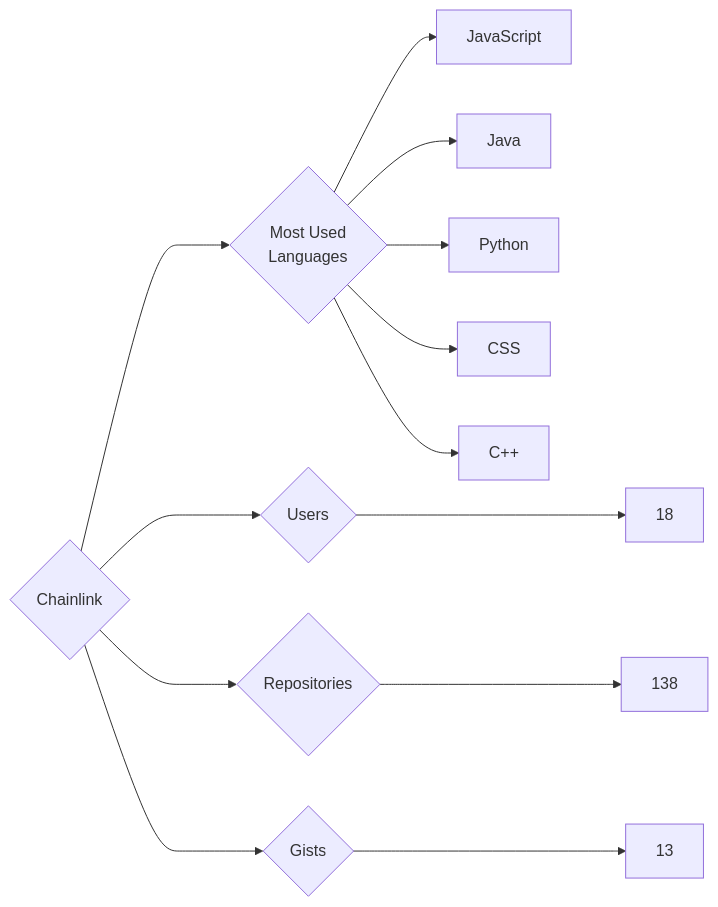
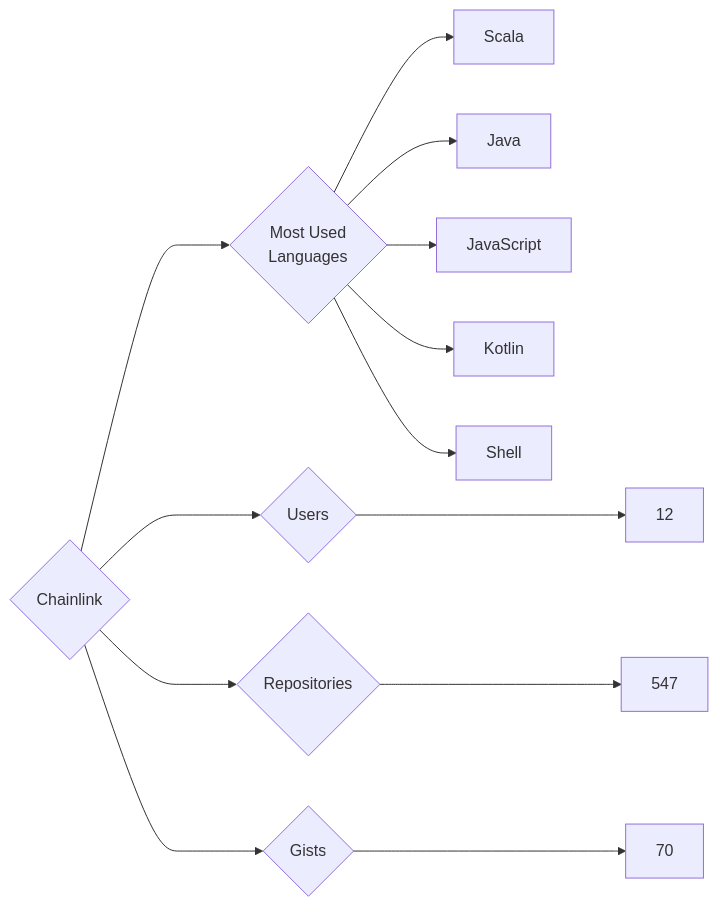
Before and after one commit to trickest/insiders: the diagram in targets/Chainlink/README.md, drawn with Mermaid. The commit also changed 944 other files, not shown here.

````diff
--- a/targets/Chainlink/README.md
+++ b/targets/Chainlink/README.md
@@ -3,13 +3,13 @@
 ```mermaid
 graph LR
 COMPANY_NAME{Chainlink}
-COMPANY_NAME ---> U{Users} ---> UN[18]
-COMPANY_NAME ---> R{Repositories} ---> RN[138]
-COMPANY_NAME ---> G{Gists} ---> GN[13]
+COMPANY_NAME ---> U{Users} ---> UN[12]
+COMPANY_NAME ---> R{Repositories} ---> RN[547]
+COMPANY_NAME ---> G{Gists} ---> GN[70]
 COMPANY_NAME ---> ML{Most Used<br>Languages}
+ML --> Scala[Scala]
+ML --> Java[Java]
 ML --> JavaScript[JavaScript]
-ML --> Java[Java]
-ML --> Python[Python]
-ML --> CSS[CSS]
-ML --> C++[C++]
+ML --> Kotlin[Kotlin]
+ML --> Shell[Shell]
 ```
````
